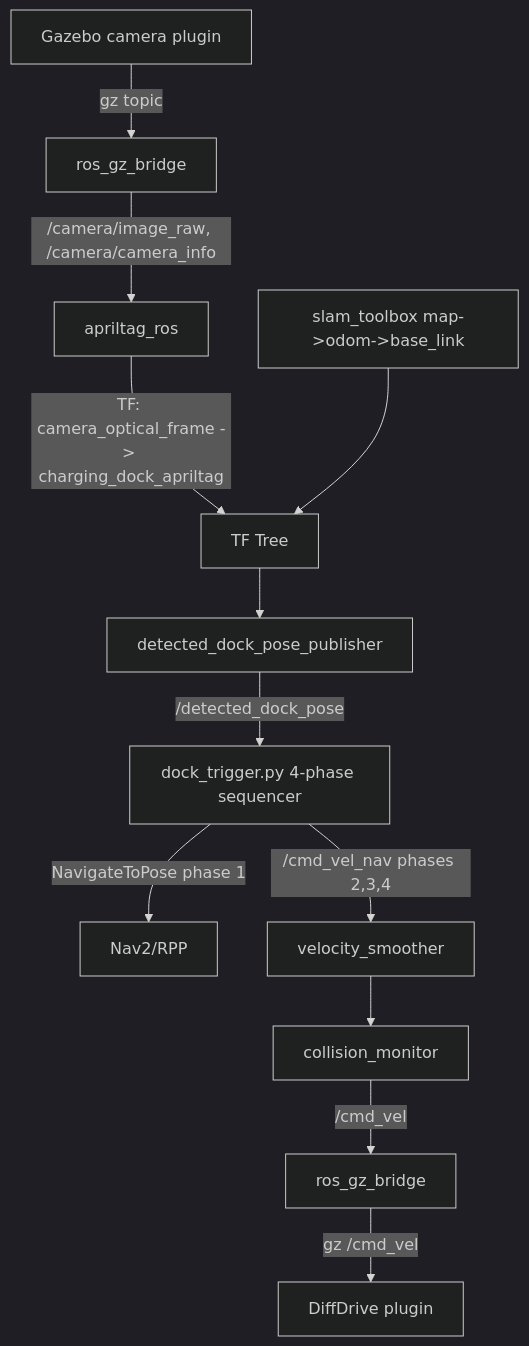
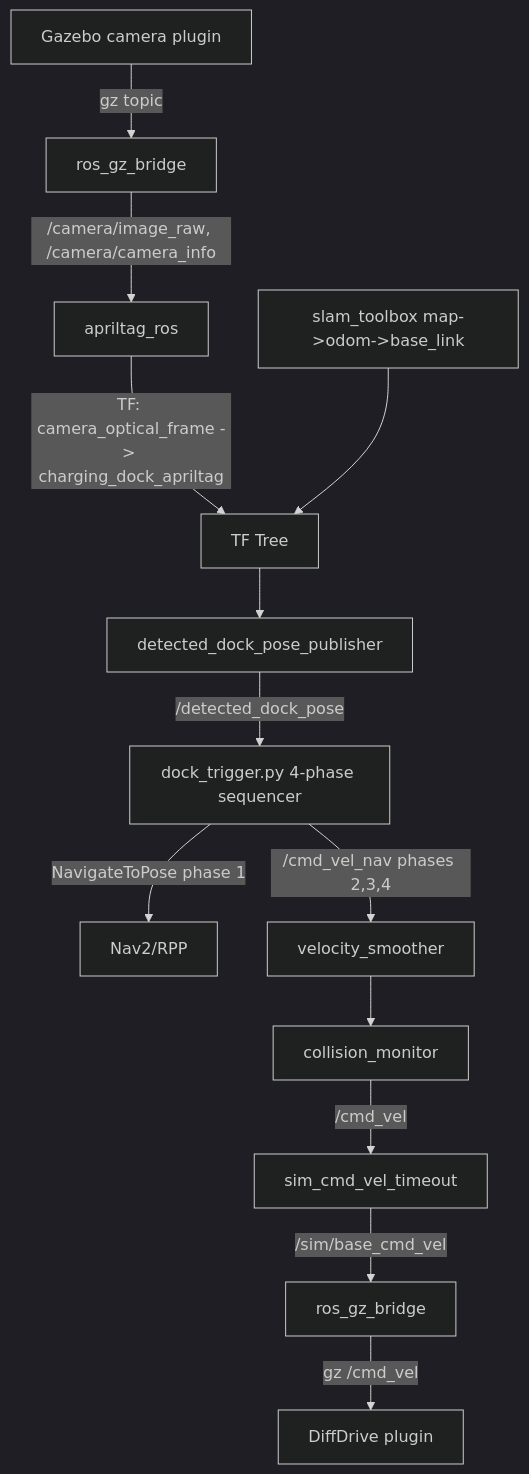
One commit to openAMRobot/openamr-platform-sw changed the second of 2 diagrams in ros2/src/openamrobot_docking/docs/02_architecture.md. Above: the diagram before and after it, drawn with Mermaid (dark theme). The commit also changed 9 other files, not shown here.

````diff
--- a/ros2/src/openamrobot_docking/docs/02_architecture.md
+++ b/ros2/src/openamrobot_docking/docs/02_architecture.md
@@ -181,14 +181,15 @@
 ```mermaid
 graph TD
   GZ[Gazebo camera plugin] -->|gz topic| BR[ros_gz_bridge]
   BR -->|/camera/image_raw, /camera/camera_info| TAG[apriltag_ros]
   TAG -->|TF: camera_optical_frame -> charging_dock_apriltag| TF2[TF Tree]
   SLAM[slam_toolbox map->odom->base_link] --> TF2
   TF2 --> DET[detected_dock_pose_publisher]
   DET -->|/detected_dock_pose| TRIG[dock_trigger.py 4-phase sequencer]
   TRIG -->|NavigateToPose phase 1| NAV[Nav2/RPP]
   TRIG -->|/cmd_vel_nav phases 2,3,4| SMO[velocity_smoother]
   SMO --> CM[collision_monitor]
-  CM -->|/cmd_vel| BR2[ros_gz_bridge]
+  CM -->|/cmd_vel| TO[sim_cmd_vel_timeout]
+  TO -->|/sim/base_cmd_vel| BR2[ros_gz_bridge]
   BR2 -->|gz /cmd_vel| DD[DiffDrive plugin]
 ```
````
